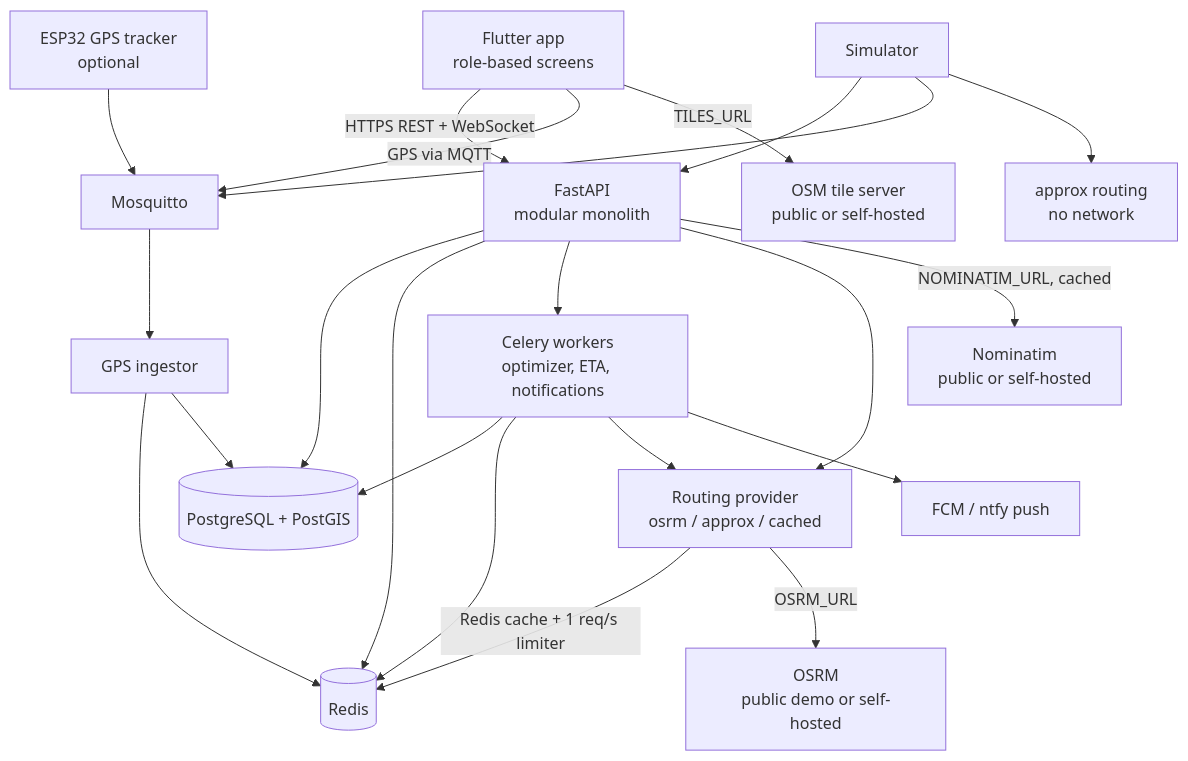
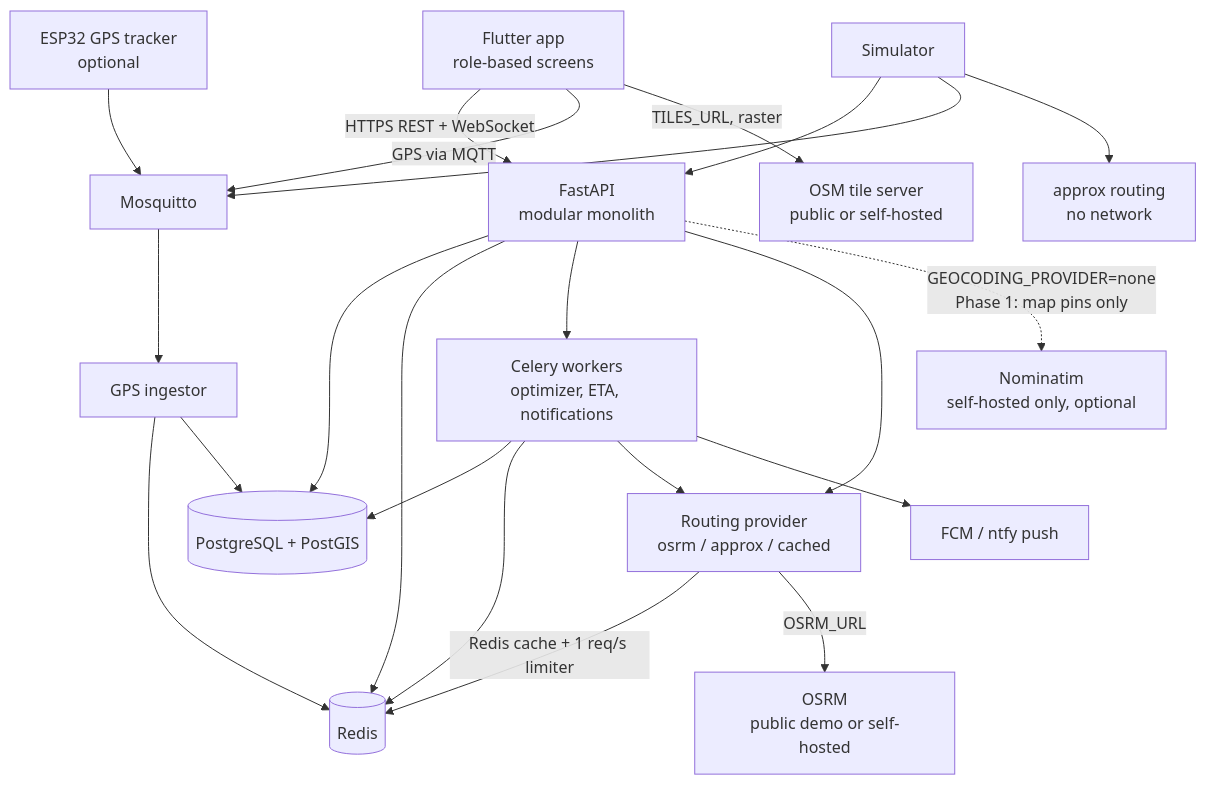
Before and after one commit to kumarnitish378/flex-platform: the first of 2 diagrams in docs/03-architecture/architecture.md, drawn with Mermaid. The commit also changed other lines of this file and 11 other files, not shown here.

First line of the commit message:
docs: align ADR-0010 with OSMF Nominatim and tile policies

````diff
--- a/docs/03-architecture/architecture.md
+++ b/docs/03-architecture/architecture.md
@@ -8,24 +8,24 @@
 ```mermaid
 flowchart TD
     APP[Flutter app<br/>role-based screens] -->|HTTPS REST + WebSocket| API[FastAPI<br/>modular monolith]
     APP -->|GPS via MQTT| MQ[Mosquitto]
     TRK[ESP32 GPS tracker<br/>optional] --> MQ
     SIM[Simulator] --> API
     SIM --> MQ
     MQ --> ING[GPS ingestor]
     ING --> RT[(Redis)]
     ING --> DB[(PostgreSQL + PostGIS)]
     API --> DB
     API --> RT
     API --> WK[Celery workers<br/>optimizer, ETA, notifications]
     WK --> DB
     WK --> RT
     API --> RP[Routing provider<br/>osrm / approx / cached]
     WK --> RP
     RP -->|Redis cache + 1 req/s limiter| RT
     RP -->|OSRM_URL| OSRM[OSRM<br/>public demo or self-hosted]
-    API -->|NOMINATIM_URL, cached| NOM[Nominatim<br/>public or self-hosted]
+    API -.->|GEOCODING_PROVIDER=none<br/>Phase 1: map pins only| NOM[Nominatim<br/>self-hosted only, optional]
     SIM --> APX[approx routing<br/>no network]
     WK --> PUSH[FCM / ntfy push]
-    APP -->|TILES_URL| TILES[OSM tile server<br/>public or self-hosted]
+    APP -->|TILES_URL, raster| TILES[OSM tile server<br/>public or self-hosted]
 ```
````
